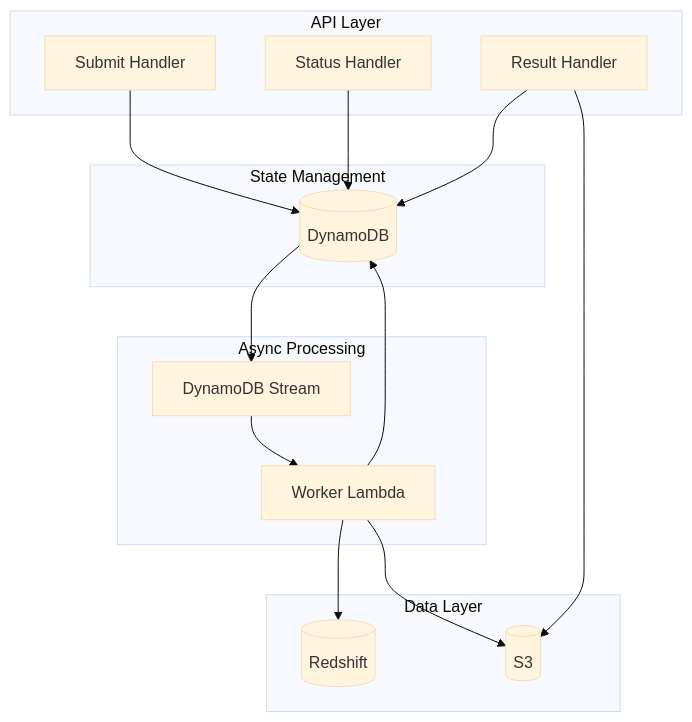
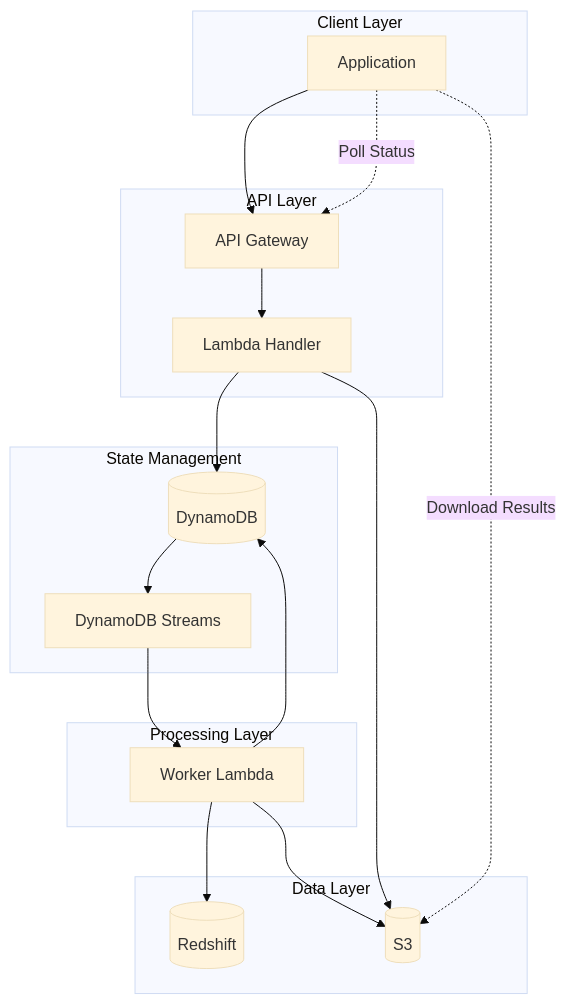
The fourth of 9 diagrams in docs/user-guide/async-jobs.md (zhiweio/redshift-spectra), drawn with Mermaid (base theme) before and after one commit. The commit also changed other lines of this file and 15 other files, not shown here.

````diff
--- a/docs/user-guide/async-jobs.md
+++ b/docs/user-guide/async-jobs.md
@@ -58,33 +105,38 @@
 ```mermaid
 flowchart TB
+    subgraph Client["Client Layer"]
+        APP[Application]
+    end
+    
     subgraph API["API Layer"]
-        SUBMIT[Submit Handler]
-        STATUS[Status Handler]
-        RESULT[Result Handler]
+        GW[API Gateway]
+        HANDLER[Lambda Handler]
     end
     
     subgraph State["State Management"]
         DDB[(DynamoDB)]
+        STREAM[DynamoDB Streams]
     end
     
-    subgraph Processing["Async Processing"]
-        STREAM[DynamoDB Stream]
+    subgraph Processing["Processing Layer"]
         WORKER[Worker Lambda]
     end
     
     subgraph Data["Data Layer"]
+        S3[(S3)]
         RS[(Redshift)]
-        S3[(S3)]
     end
     
-    SUBMIT --> DDB
+    APP --> GW
+    GW --> HANDLER
+    HANDLER --> DDB
+    HANDLER --> S3
     DDB --> STREAM
     STREAM --> WORKER
     WORKER --> RS
     WORKER --> S3
     WORKER --> DDB
     
-    STATUS --> DDB
-    RESULT --> DDB
-    RESULT --> S3
+    APP -.->|"Poll Status"| GW
+    APP -.->|"Download Results"| S3
 ```
````
